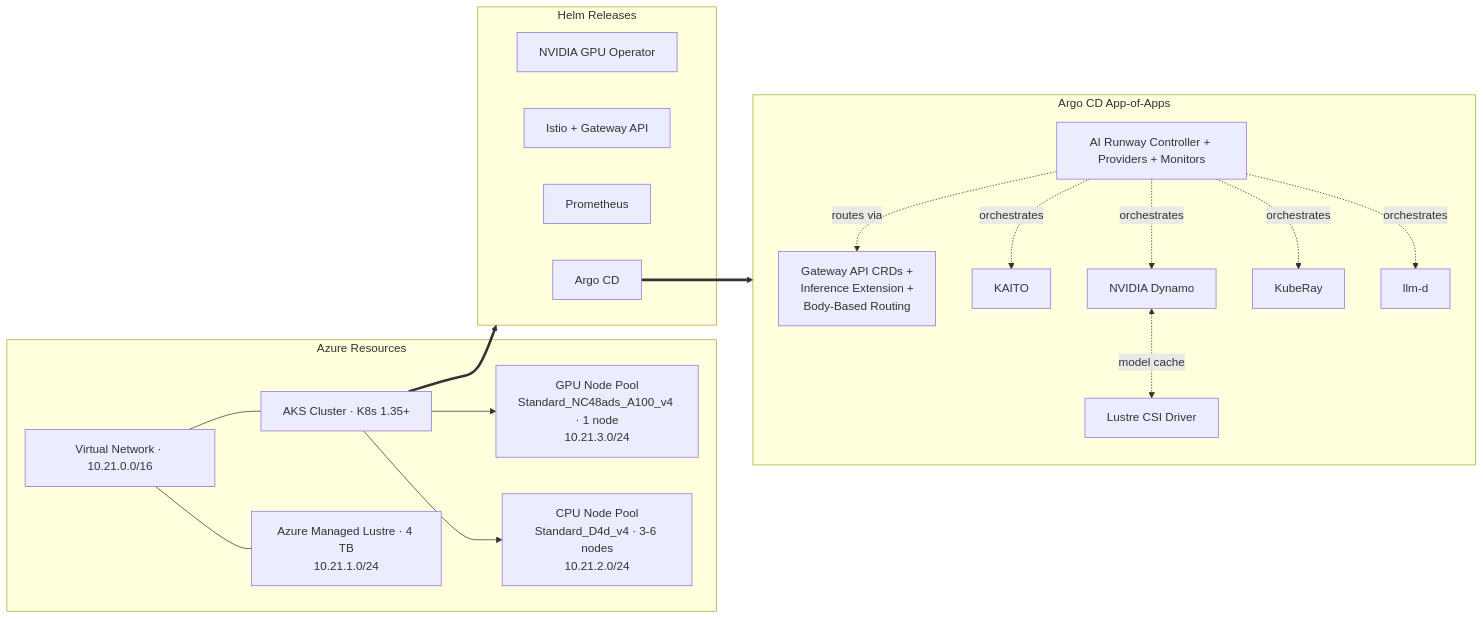
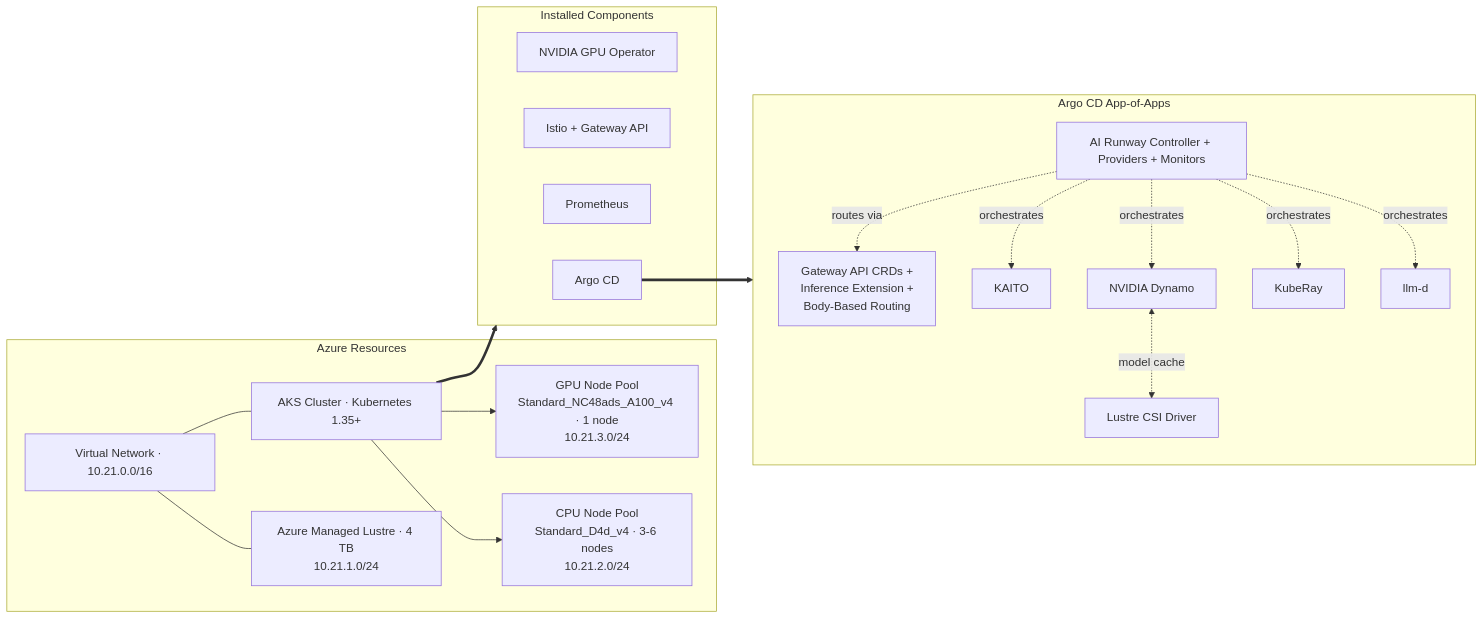
The diagram in AKS_AI_and_LLM/AI_Runway/notes.md (oreakinodidi98/AKS_LABS), drawn with Mermaid before and after one commit. The commit also changed other lines of this file and 2 other files, not shown here.

````diff
--- a/AKS_AI_and_LLM/AI_Runway/notes.md
+++ b/AKS_AI_and_LLM/AI_Runway/notes.md
@@ -76,42 +86,42 @@
 ```mermaid
 graph LR
     subgraph Azure["Azure Resources"]
         VNet["Virtual Network · 10.21.0.0/16"]
-        AKS["AKS Cluster · K8s 1.35+"]
+        AKS["AKS Cluster · Kubernetes 1.35+"]
         Lustre["Azure Managed Lustre · 4 TB<br/>10.21.1.0/24"]
-        InferenceNP["GPU Node Pool<br/>Standard_NC48ads_A100_v4 · 1 node<br/>10.21.3.0/24"]
-        DefaultNP["CPU Node Pool<br/>Standard_D4d_v4 · 3-6 nodes<br/>10.21.2.0/24"]
+        GPUNodePool["GPU Node Pool<br/>Standard_NC48ads_A100_v4 · 1 node<br/>10.21.3.0/24"]
+        CPUNodePool["CPU Node Pool<br/>Standard_D4d_v4 · 3-6 nodes<br/>10.21.2.0/24"]
     end
 
-    subgraph Installed["Helm Releases"]
+    subgraph Installed["Installed Components"]
         GPU["NVIDIA GPU Operator"]
         Istio["Istio + Gateway API"]
-        Prom["Prometheus"]
+        Prometheus["Prometheus"]
         ArgoCD["Argo CD"]
     end
 
     subgraph Apps["Argo CD App-of-Apps"]
-        GW["Gateway API CRDs +<br/>Inference Extension +<br/>Body-Based Routing"]
+        Gateway["Gateway API CRDs +<br/>Inference Extension +<br/>Body-Based Routing"]
         AIRunway["AI Runway Controller + Providers + Monitors"]
         KAITO["KAITO"]
         Dynamo["NVIDIA Dynamo"]
-        llm-d[llm-d]
+        LLMd["llm-d"]
         LustreCSI["Lustre CSI Driver"]
         KubeRay["KubeRay"]
     end
 
     VNet --- AKS
     VNet --- Lustre
-    AKS --> DefaultNP
-    AKS --> InferenceNP
+    AKS --> CPUNodePool
+    AKS --> GPUNodePool
 
     AKS ==> Installed
     ArgoCD ==> Apps
 
     AIRunway -.->|orchestrates| KAITO
     AIRunway -.->|orchestrates| Dynamo
     AIRunway -.->|orchestrates| KubeRay
-    AIRunway -.->|orchestrates| llm-d
-    AIRunway -.->|routes via| GW
+    AIRunway -.->|orchestrates| LLMd
+    AIRunway -.->|routes via| Gateway
     Dynamo <-.->|model cache| LustreCSI
 ```
````
